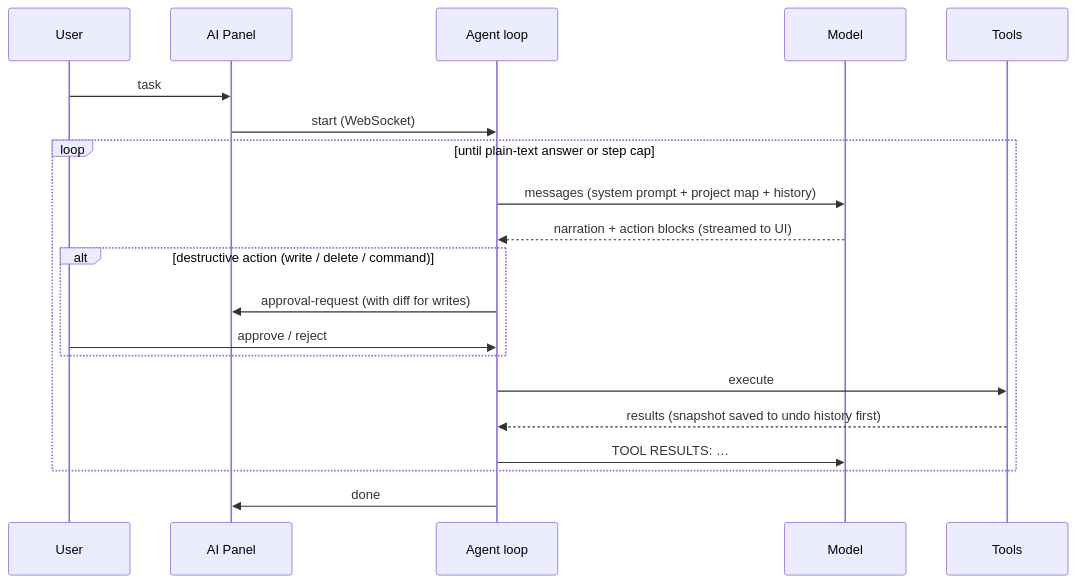
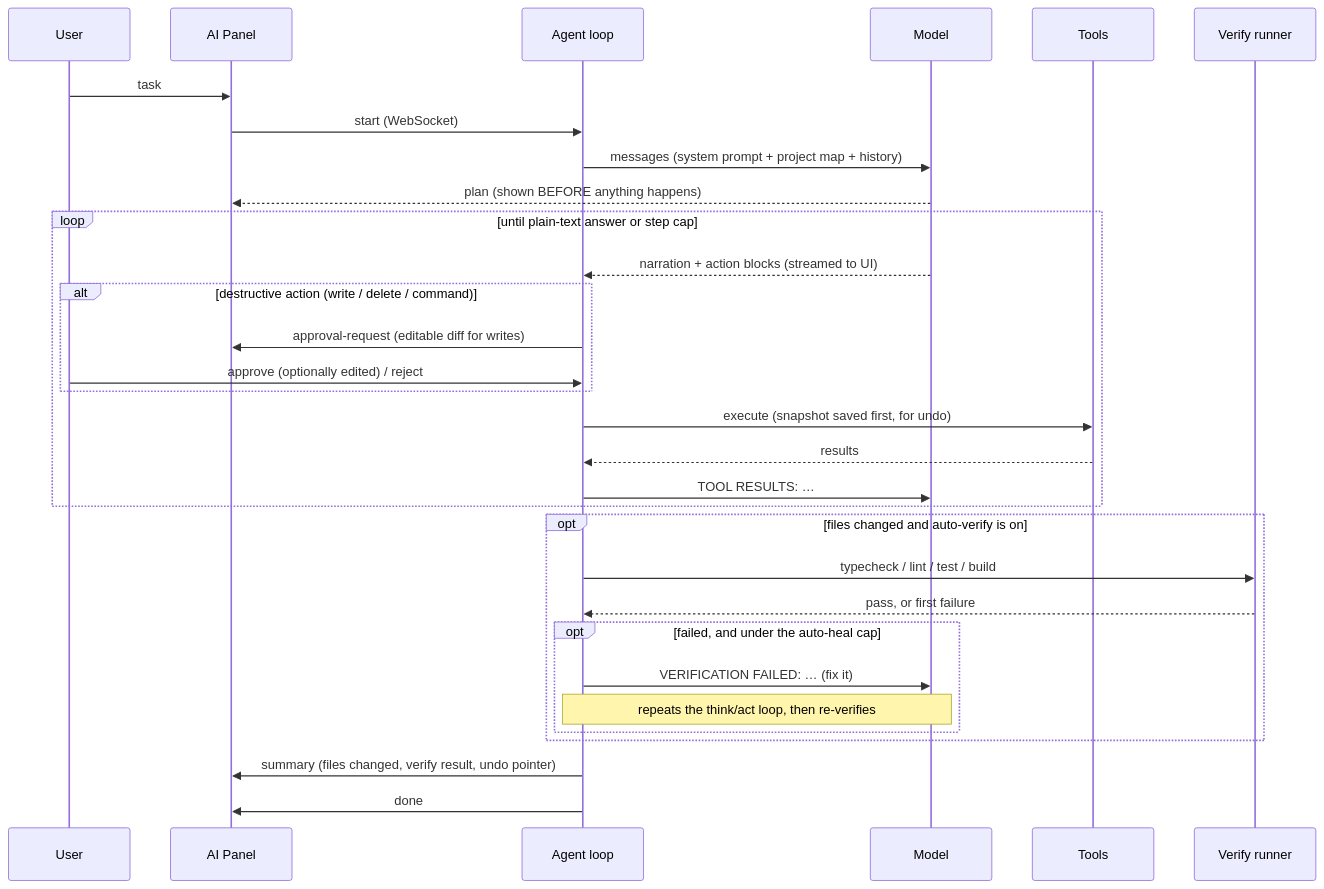
Before and after one commit to dazes96/vaul-t: the second of 3 diagrams in docs/ARCHITECTURE.md, drawn with Mermaid. The commit also changed other lines of this file and 39 other files, not shown here.

````diff
--- a/docs/ARCHITECTURE.md
+++ b/docs/ARCHITECTURE.md
@@ -108,23 +115,34 @@
 ```mermaid
 sequenceDiagram
     participant User
     participant UI as AI Panel
     participant Agent as Agent loop
     participant Model
     participant Tools
+    participant Verify as Verify runner
 
     User->>UI: task
     UI->>Agent: start (WebSocket)
+    Agent->>Model: messages (system prompt + project map + history)
+    Model-->>UI: plan (shown BEFORE anything happens)
     loop until plain-text answer or step cap
-        Agent->>Model: messages (system prompt + project map + history)
         Model-->>Agent: narration + action blocks (streamed to UI)
         alt destructive action (write / delete / command)
-            Agent->>UI: approval-request (with diff for writes)
-            User->>Agent: approve / reject
+            Agent->>UI: approval-request (editable diff for writes)
+            User->>Agent: approve (optionally edited) / reject
         end
-        Agent->>Tools: execute
-        Tools-->>Agent: results (snapshot saved to undo history first)
+        Agent->>Tools: execute (snapshot saved first, for undo)
+        Tools-->>Agent: results
         Agent->>Model: TOOL RESULTS: …
     end
+    opt files changed and auto-verify is on
+        Agent->>Verify: typecheck / lint / test / build
+        Verify-->>Agent: pass, or first failure
+        opt failed, and under the auto-heal cap
+            Agent->>Model: VERIFICATION FAILED: … (fix it)
+            Note over Agent,Model: repeats the think/act loop, then re-verifies
+        end
+    end
+    Agent->>UI: summary (files changed, verify result, undo pointer)
     Agent->>UI: done
 ```
````
